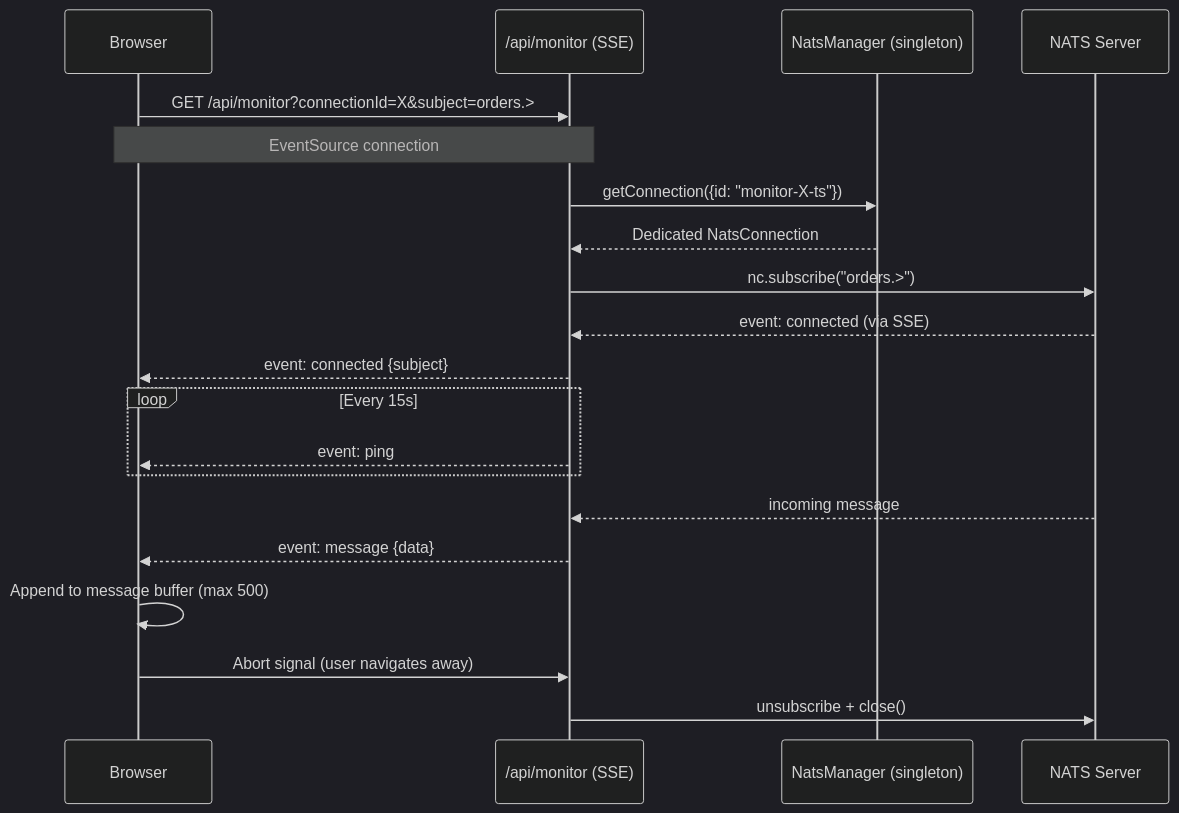
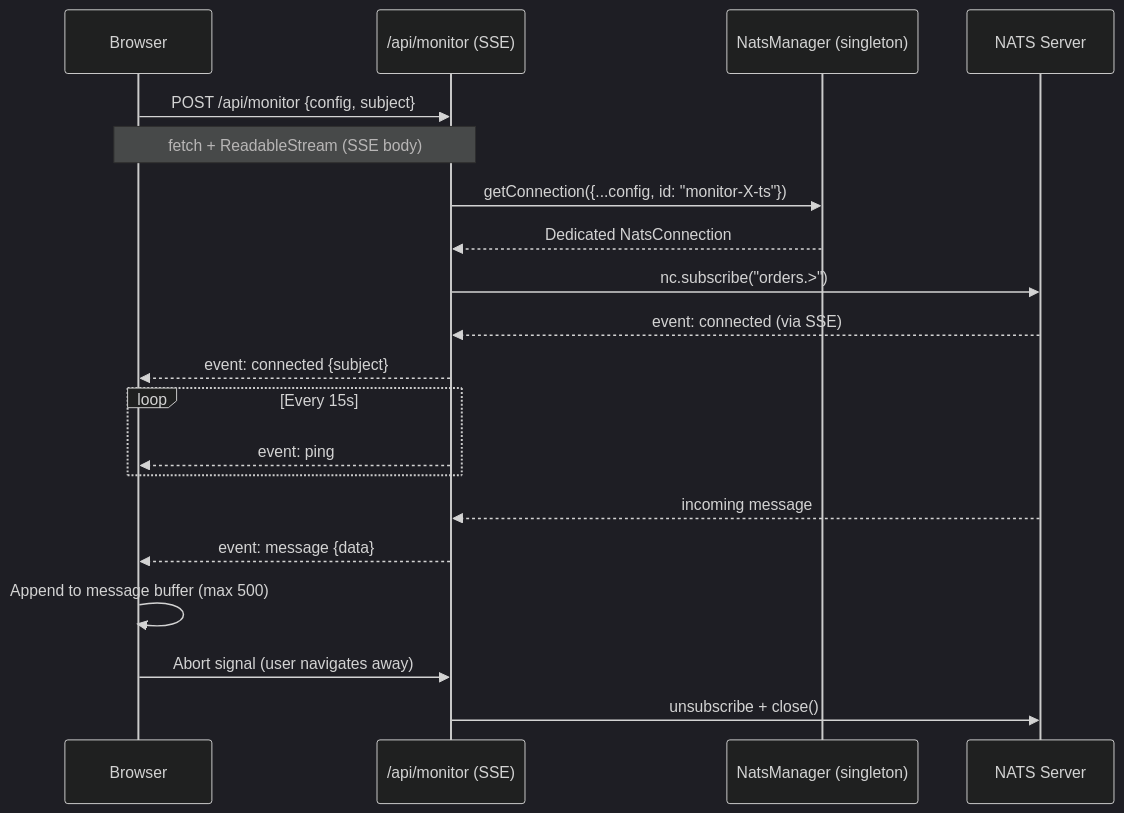
The second of 5 diagrams in docs/knowledge-base/architecture/data-flows.md (maatini/cobra-nats), drawn with Mermaid (dark theme) before and after one commit. The commit also changed 39 other files, not shown here.

````diff
--- a/docs/knowledge-base/architecture/data-flows.md
+++ b/docs/knowledge-base/architecture/data-flows.md
@@ -26,23 +26,23 @@
 ```mermaid
 sequenceDiagram
     participant Browser
     participant API as /api/monitor (SSE)
     participant NatsMgr as NatsManager (singleton)
     participant NATS as NATS Server
 
-    Browser->>API: GET /api/monitor?connectionId=X&subject=orders.>
-    Note over Browser,API: EventSource connection
-    API->>NatsMgr: getConnection({id: "monitor-X-ts"})
+    Browser->>API: POST /api/monitor {config, subject}
+    Note over Browser,API: fetch + ReadableStream (SSE body)
+    API->>NatsMgr: getConnection({...config, id: "monitor-X-ts"})
     NatsMgr-->>API: Dedicated NatsConnection
     API->>NATS: nc.subscribe("orders.>")
     NATS-->>API: event: connected (via SSE)
     API-->>Browser: event: connected {subject}
     loop Every 15s
         API-->>Browser: event: ping
     end
     NATS-->>API: incoming message
     API-->>Browser: event: message {data}
     Browser->>Browser: Append to message buffer (max 500)
     Browser->>API: Abort signal (user navigates away)
     API->>NATS: unsubscribe + close()
 ```
````
